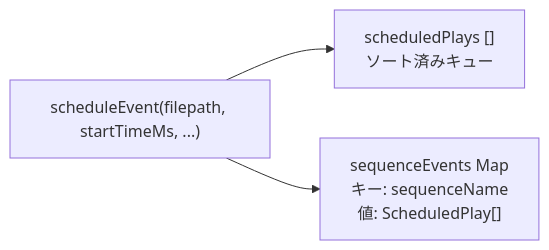
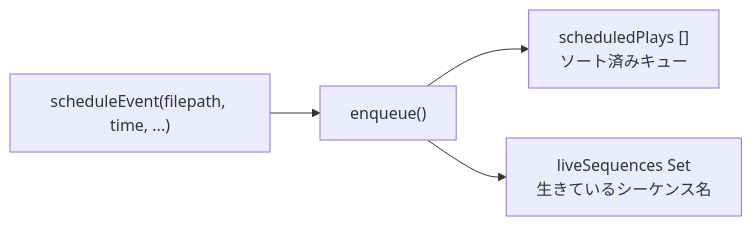
One commit to signalcompose/orbitscore changed the first of 4 diagrams in sites/dev/scheduling/event-queue.md. Above: the diagram before and after it, drawn with Mermaid. The commit also changed other lines of this file and 8 other files, not shown here.

````diff
--- a/sites/dev/scheduling/event-queue.md
+++ b/sites/dev/scheduling/event-queue.md
@@ -80,5 +178,6 @@
 ```mermaid
 flowchart LR
-  SE["scheduleEvent(filepath, startTimeMs, ...)"] --> SP["scheduledPlays []\nソート済みキュー"]
-  SE --> MAP["sequenceEvents Map\nキー: sequenceName\n値: ScheduledPlay[]"]
+  SE["scheduleEvent(filepath, time, ...)"] --> EQ["enqueue()"]
+  EQ --> SP["scheduledPlays []\nソート済みキュー"]
+  EQ --> SET["liveSequences Set\n生きているシーケンス名"]
 ```
````
